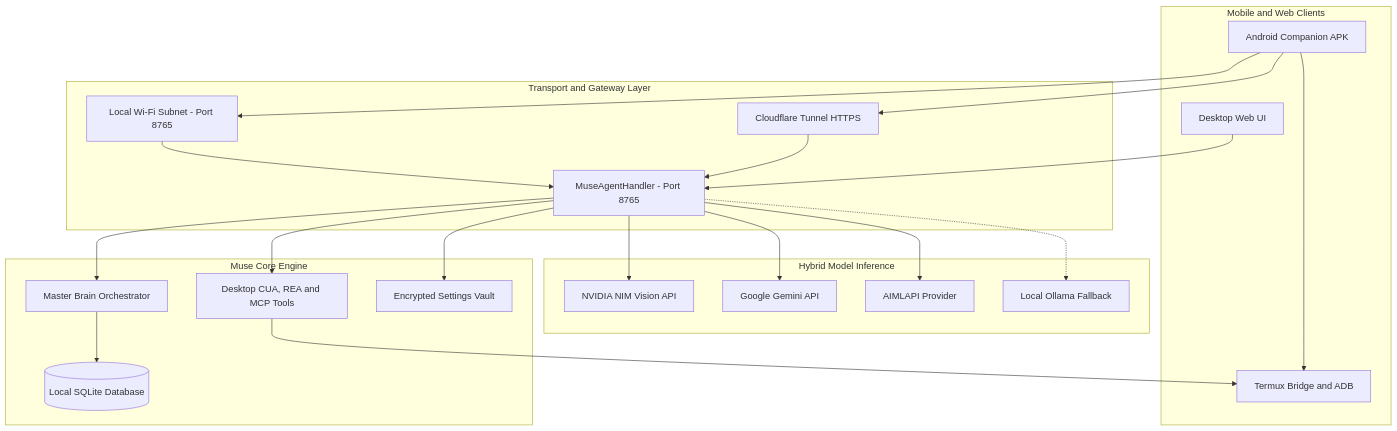
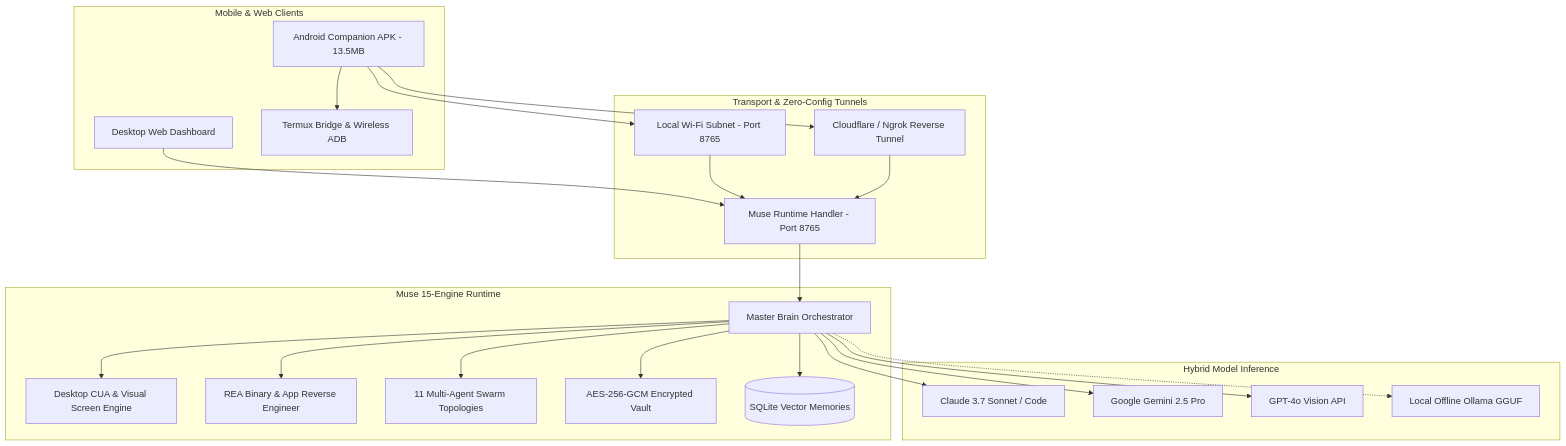
The diagram in README.md (raghavkhandal72-coder/muse-agent), drawn with Mermaid before and after one commit. The commit also changed other lines of this file and 1 other file, not shown here.

````diff
--- a/README.md
+++ b/README.md
@@ -121,44 +238,47 @@
 ```mermaid
 flowchart TD
-    subgraph MobileClients [Mobile and Web Clients]
-        APK[Android Companion APK]
-        WebUI[Desktop Web UI]
-        Termux[Termux Bridge and ADB]
+    subgraph MobileClients [Mobile & Web Clients]
+        APK[Android Companion APK - 13.5MB]
+        WebUI[Desktop Web Dashboard]
+        Termux[Termux Bridge & Wireless ADB]
     end
 
-    subgraph GatewayLayer [Transport and Gateway Layer]
+    subgraph GatewayLayer [Transport & Zero-Config Tunnels]
         LAN[Local Wi-Fi Subnet - Port 8765]
-        CF[Cloudflare Tunnel HTTPS]
-        Server[MuseAgentHandler - Port 8765]
+        Tunnel[Cloudflare / Ngrok Reverse Tunnel]
+        Server[Muse Runtime Handler - Port 8765]
     end
 
-    subgraph CoreEngine [Muse Core Engine]
+    subgraph CoreEngine [Muse 15-Engine Runtime]
         Brain[Master Brain Orchestrator]
-        Tools[Desktop CUA, REA and MCP Tools]
-        Vault[Encrypted Settings Vault]
-        SQLite[(Local SQLite Database)]
+        CUA[Desktop CUA & Visual Screen Engine]
+        REA[REA Binary & App Reverse Engineer]
+        Swarms[11 Multi-Agent Swarm Topologies]
+        Vault[AES-256-GCM Encrypted Vault]
+        Memory[(SQLite Vector Memories)]
     end
 
     subgraph InferenceProviders [Hybrid Model Inference]
-        NIM[NVIDIA NIM Vision API]
-        Gemini[Google Gemini API]
-        AIML[AIMLAPI Provider]
-        Ollama[Local Ollama Fallback]
+        Claude[Claude 3.7 Sonnet / Code]
+        Gemini[Google Gemini 2.5 Pro]
+        OpenAI[GPT-4o Vision API]
+        Ollama[Local Offline Ollama GGUF]
     end
 
     APK --> LAN
-    APK --> CF
+    APK --> Tunnel
     APK --> Termux
     WebUI --> Server
     LAN --> Server
-    CF --> Server
+    Tunnel --> Server
     Server --> Brain
-    Server --> Tools
-    Server --> Vault
-    Brain --> SQLite
-    Tools --> Termux
-    Server --> NIM
-    Server --> Gemini
-    Server --> AIML
-    Server -.-> Ollama
+    Brain --> CUA
+    Brain --> REA
+    Brain --> Swarms
+    Brain --> Vault
+    Brain --> Memory
+    Brain --> Claude
+    Brain --> Gemini
+    Brain --> OpenAI
+    Brain -.-> Ollama
 ```
````
